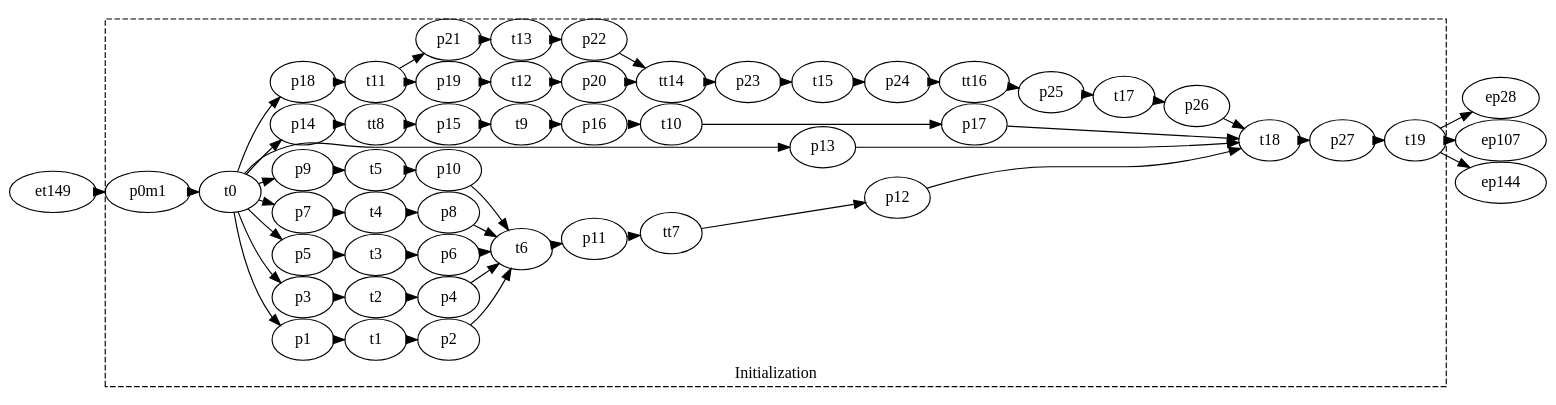
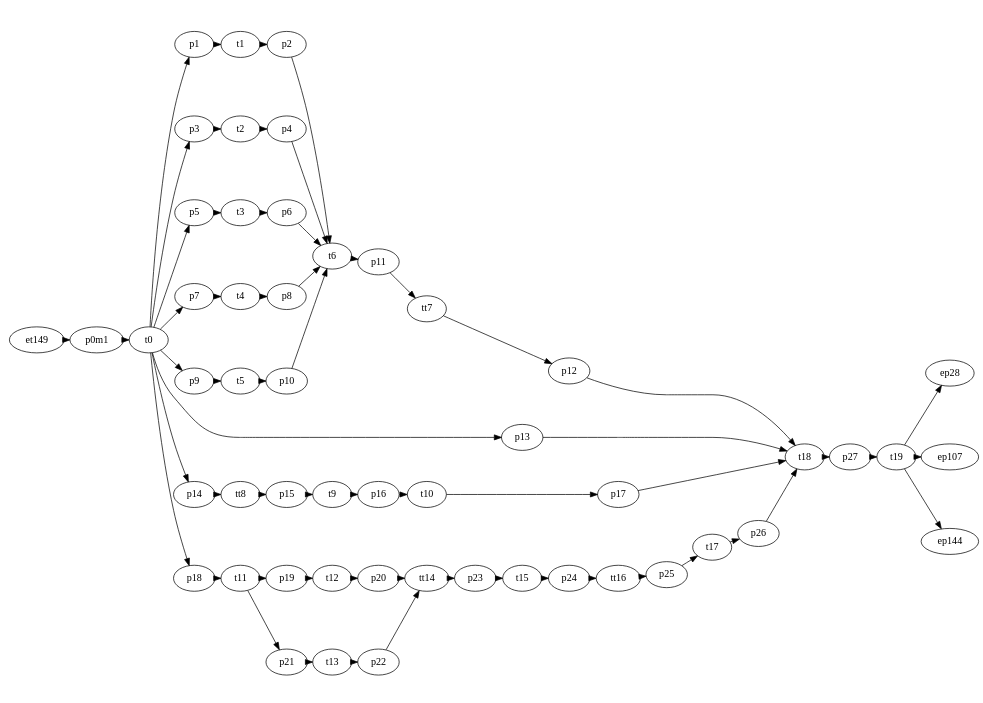
Before and after one commit to Accacio/docsTCC: the diagram in figures/petriNets/dot/1-initialization/initial.dot, drawn with Graphviz. The commit also changed 63 other files, not shown here.

```diff
--- a/figures/petriNets/dot/1-initialization/initial.dot
+++ b/figures/petriNets/dot/1-initialization/initial.dot
@@ -1,147 +1,149 @@
 digraph A {
     # splines = ortho
     rankdir=LR;
     ratio=fill
-    graph [pad="0.01", nodesep="0.01", ranksep="0.01"];
-    # size="11.7,8.3!";
+    graph [pad="0.01", nodesep="0.1", ranksep="0.01"];
+    size="11.7,8.3!";
     margin=0;
+       
+       
 
 
 {rank =same; }
 
 # Modulo inicialização
 
     p0m1
     p1
     p2
     p3
     p4
     p5
     p6
     p7
     p8
     p9
     p10
     p11
     p12
     p13
     p14
     p15
     p16
     p17
     p18
     p19
     p20
     p21
     p22
     p23
     p24
     p25
     p26
     p27
 
     t0
     t1
     t2
     t3
     t4
     t5
     t6
     tt7
     tt8
     t9
     t10
     t11
     t12
     t13
     tt14
     t15
     tt16
     t17
     t18
     t19
 
-subgraph cluster_1 {
-  label="Initialization";
-  labelloc = b
-  style="dashed"
-  # color="red"
-  # pre
+# subgraph cluster_1 {
+#   # label="Initialization";
+#   labelloc = b
+#   style="dashed"
+#   color="red"
+#   # pre
 
   p0m1 -> t0
 
   p1 -> t1
   p2 -> t6
   p3 -> t2
   p4 -> t6
   p5 -> t3
   p6 -> t6
   p7 -> t4
   p8 -> t6
   p9 -> t5
   p10 -> t6
   p11 -> tt7
   p12 -> t18
 
   p13 -> t18
 
   p14 -> tt8
   p15 -> t9
   p16 -> t10
   p17 -> t18
 
   p18 -> t11
   p19 -> t12
   p20 -> tt14
   p21 -> t13
   p22 -> tt14
   p23 -> t15
   p24 -> tt16
   p25 -> t17
   p26 -> t18
   p27 -> t19
 # pos
 
   t0 -> p1
   t0 -> p3
   t0 -> p5
   t0 -> p7
   t0 -> p9
   t0 -> p13
   t0 -> p14
   t0 -> p18
 
   t1 -> p2
   t2 -> p4
   t3 -> p6
   t4 -> p8
   t5 -> p10
   t6 -> p11
   tt7 -> p12
 
   tt8 -> p15
   t9 -> p16
   t10 -> p17
 
   t11 -> p19
   t11 -> p21
   t12 -> p20
   t13 -> p22
   tt14 -> p23
   t15 -> p24
   tt16 -> p25
   t17 -> p26
   t18 -> p27
 
-}
+# }
 ep28
 ep107
 ep144
 et149
 
 
 t19 -> ep28
 t19 -> ep107
 t19 -> ep144
 et149 -> p0m1
 }
```
